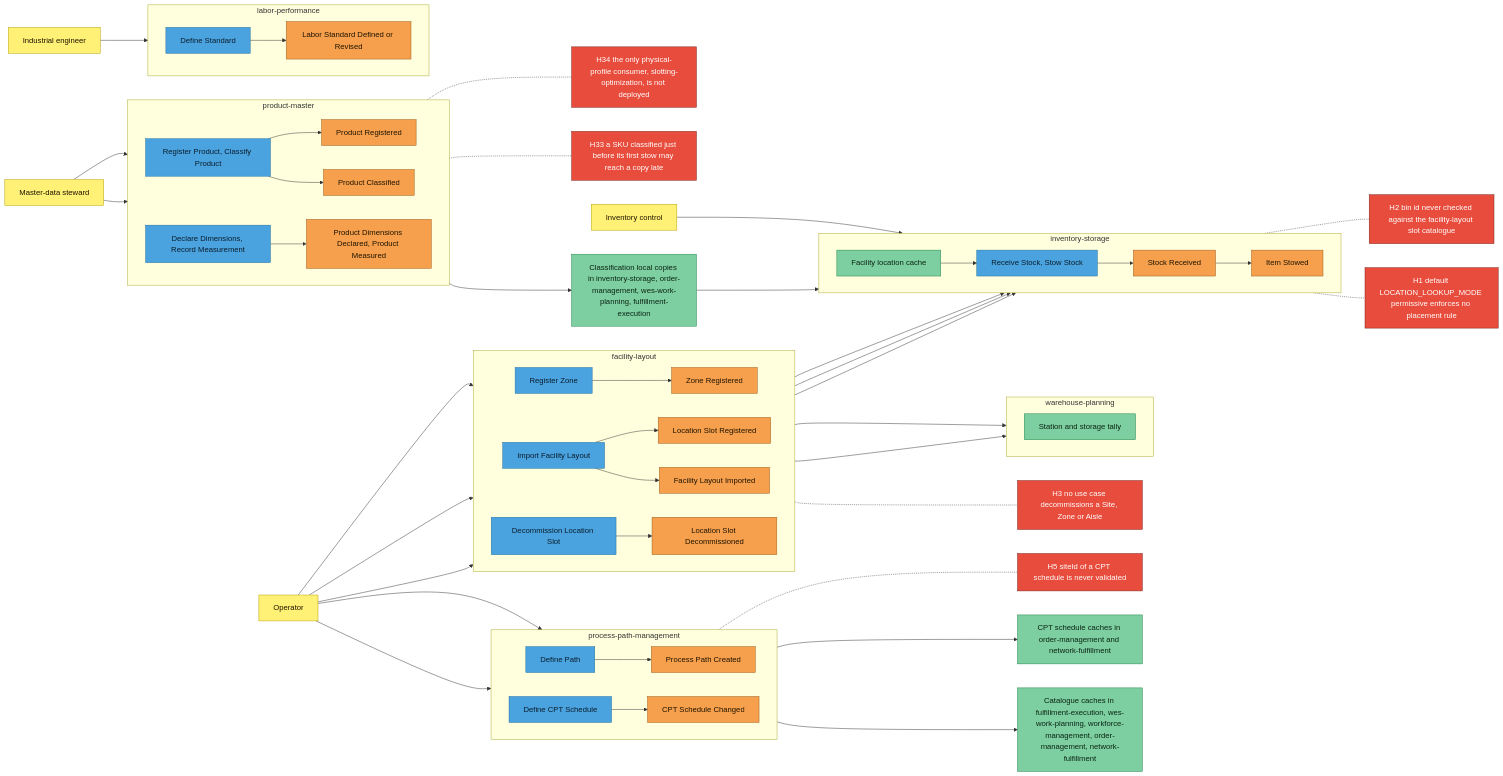
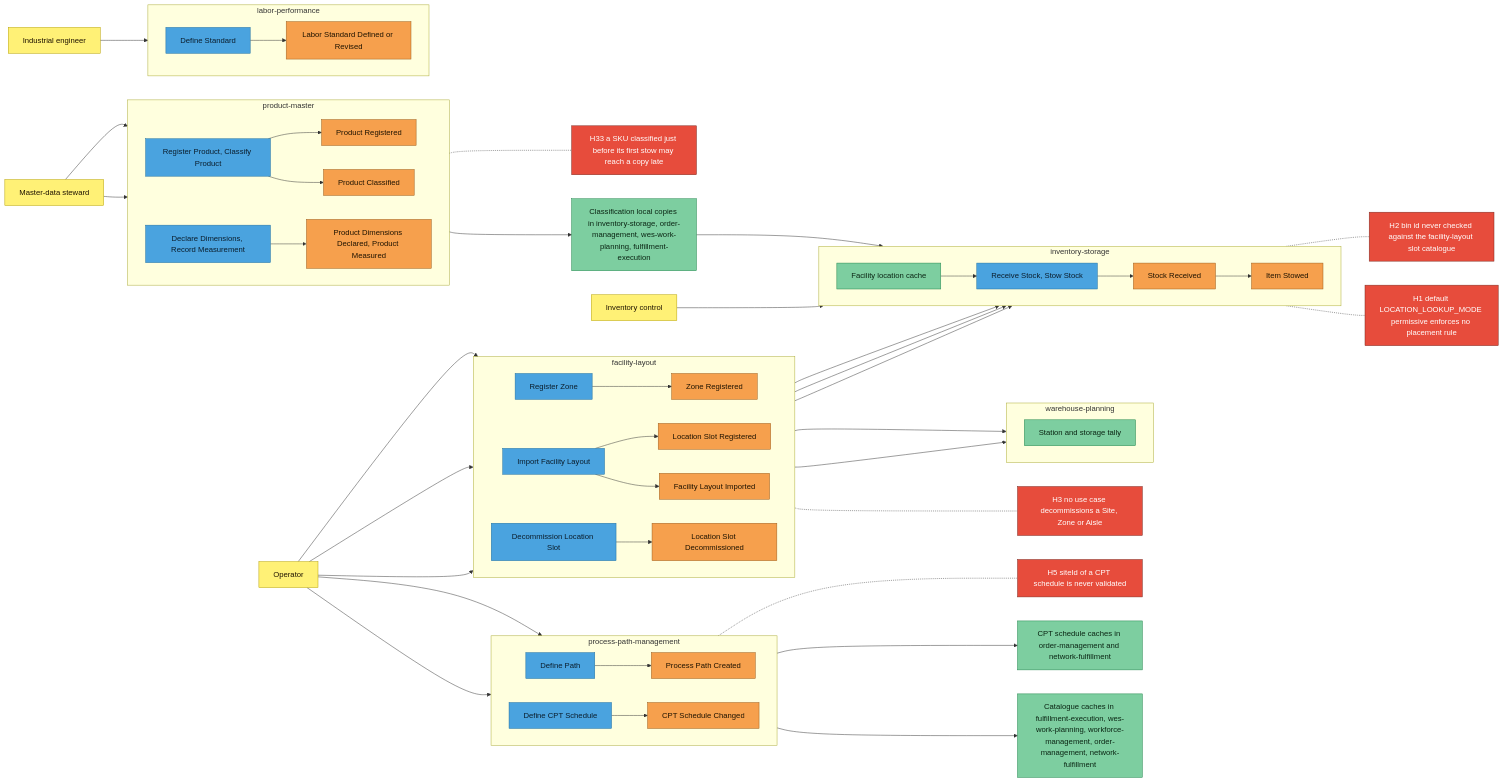
Before and after one commit to IQVO/warehouse-docs: the third of 8 diagrams in docs/strategic-design/eventstorming-big-picture.md, drawn with Mermaid. The commit also changed other lines of this file and 331 other files, not shown here.

```diff
--- a/docs/strategic-design/eventstorming-big-picture.md
+++ b/docs/strategic-design/eventstorming-big-picture.md
@@ -284,9 +284,7 @@
     C3 -.- H3
     E6 -.- H5
     H33["H33 a SKU classified just before its first stow may reach a copy late"]:::hotspot
-    H34["H34 the only physical-profile consumer, slotting-optimization, is not deployed"]:::hotspot
     E11 -.- H33
-    E12 -.- H34
 
     classDef actor fill:#fff176,stroke:#b59f00,color:#1f1300
     classDef command fill:#4aa3df,stroke:#1f6f9f,color:#0b1e2d
```
